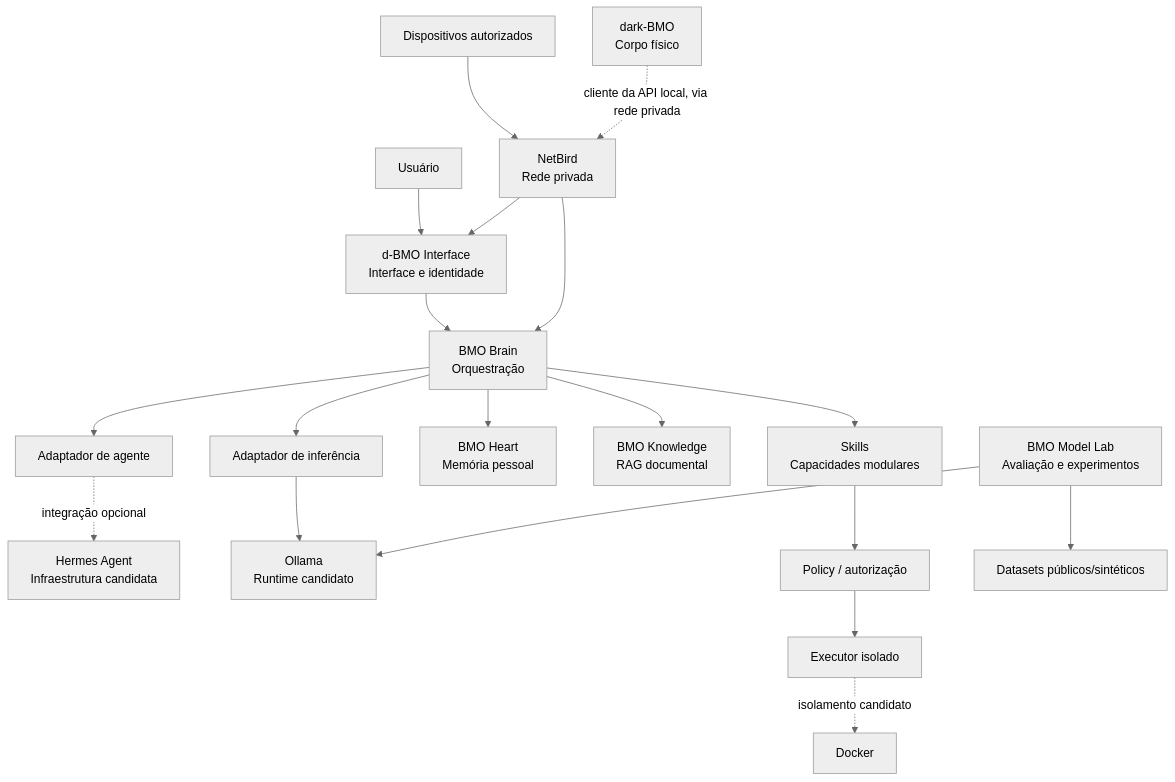
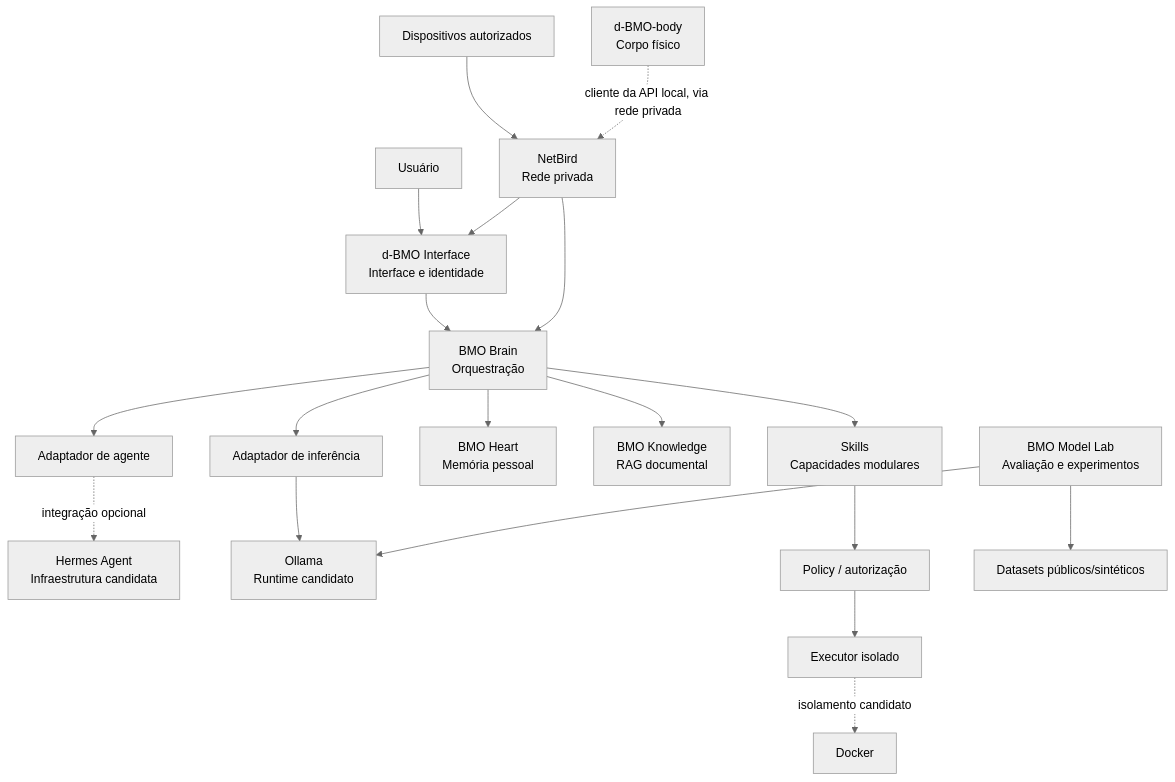
The diagram in ARCHITECTURE.md (resende-g/BMO), drawn with Mermaid (neutral theme) before and after one commit. The commit also changed other lines of this file and 4 other files, not shown here.

Commit message:
docs: rename repos to d-BMO and d-BMO-body; clarify image rights

````diff
--- a/ARCHITECTURE.md
+++ b/ARCHITECTURE.md
@@ -22,21 +22,21 @@
 ```mermaid
 flowchart TB
     U[Usuário] --> UI[d-BMO Interface<br/>Interface e identidade]
     UI --> CORE[BMO Brain<br/>Orquestração]
     CORE --> ADAPTER[Adaptador de agente]
     ADAPTER -. integração opcional .-> H[Hermes Agent<br/>Infraestrutura candidata]
     CORE --> LLM[Adaptador de inferência]
     LLM --> O[Ollama<br/>Runtime candidato]
     CORE --> HEART[BMO Heart<br/>Memória pessoal]
     CORE --> KNOW[BMO Knowledge<br/>RAG documental]
     CORE --> SK[Skills<br/>Capacidades modulares]
     SK --> GATE[Policy / autorização]
     GATE --> BOX[Executor isolado]
     BOX -. isolamento candidato .-> D[Docker]
     LAB[BMO Model Lab<br/>Avaliação e experimentos] --> O
     LAB --> DATA[Datasets públicos/sintéticos]
     REMOTE[Dispositivos autorizados] --> NB[NetBird<br/>Rede privada]
     NB --> UI
     NB --> CORE
-    BODY[dark-BMO<br/>Corpo físico] -. cliente da API local, via rede privada .-> NB
+    BODY[d-BMO-body<br/>Corpo físico] -. cliente da API local, via rede privada .-> NB
 ```
````
